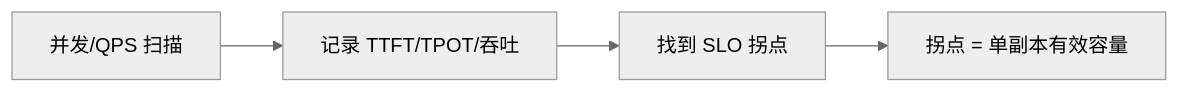
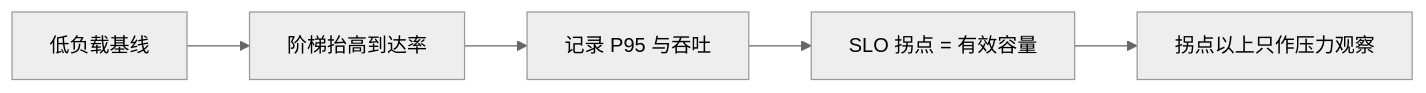
The diagram in docs/guides/模块四-推理优化/第9章-性能分析与Benchmark/9.2-压测工具.md (tqm6666/AIInfraGuide), drawn with Mermaid (neutral theme) before and after one commit. The commit also changed other lines of this file and 5 other files, not shown here.

````diff
--- a/docs/guides/模块四-推理优化/第9章-性能分析与Benchmark/9.2-压测工具.md
+++ b/docs/guides/模块四-推理优化/第9章-性能分析与Benchmark/9.2-压测工具.md
@@ -102,6 +84,7 @@
 ```mermaid
 flowchart LR
-    A["并发/QPS 扫描"] --> B["记录 TTFT/TPOT/吞吐"]
-    B --> C["找到 SLO 拐点"]
-    C --> D["拐点 = 单副本有效容量"]
+    A["低负载基线"] --> B["阶梯抬高到达率"]
+    B --> C["记录 P95 与吞吐"]
+    C --> D["SLO 拐点 = 有效容量"]
+    D --> E["拐点以上只作压力观察"]
 ```
````
